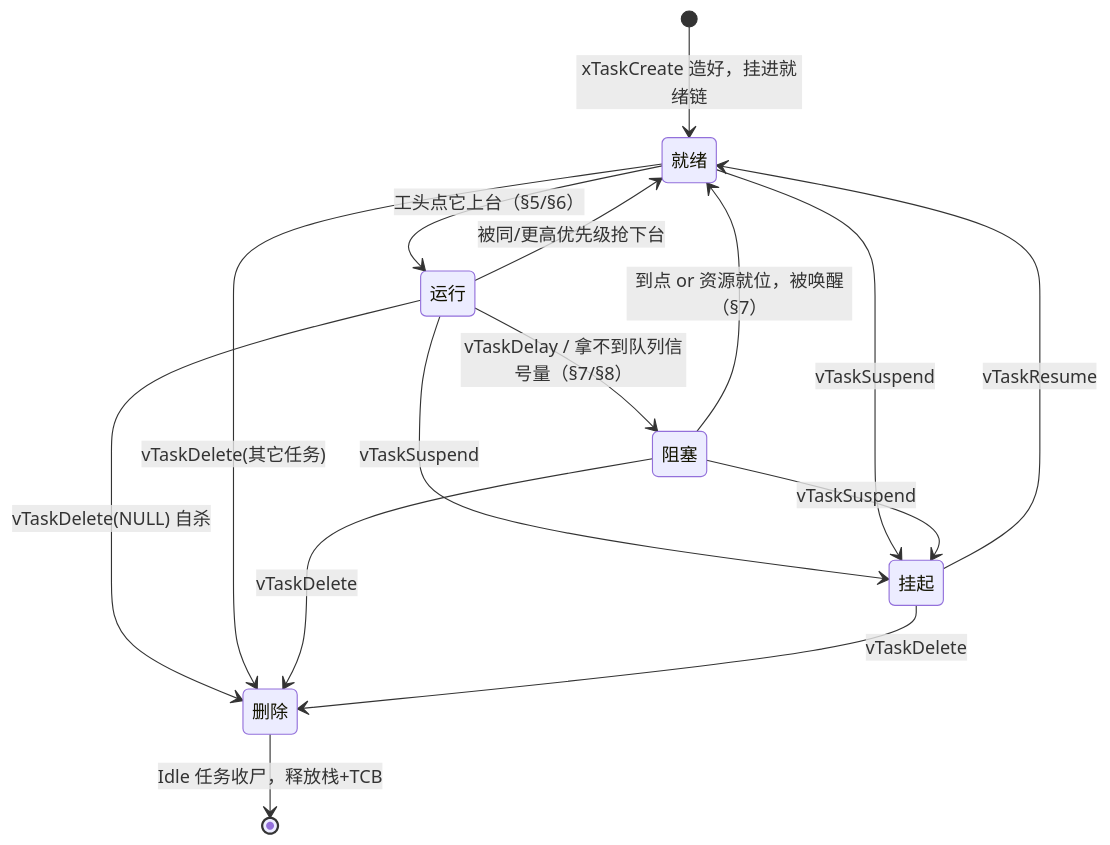
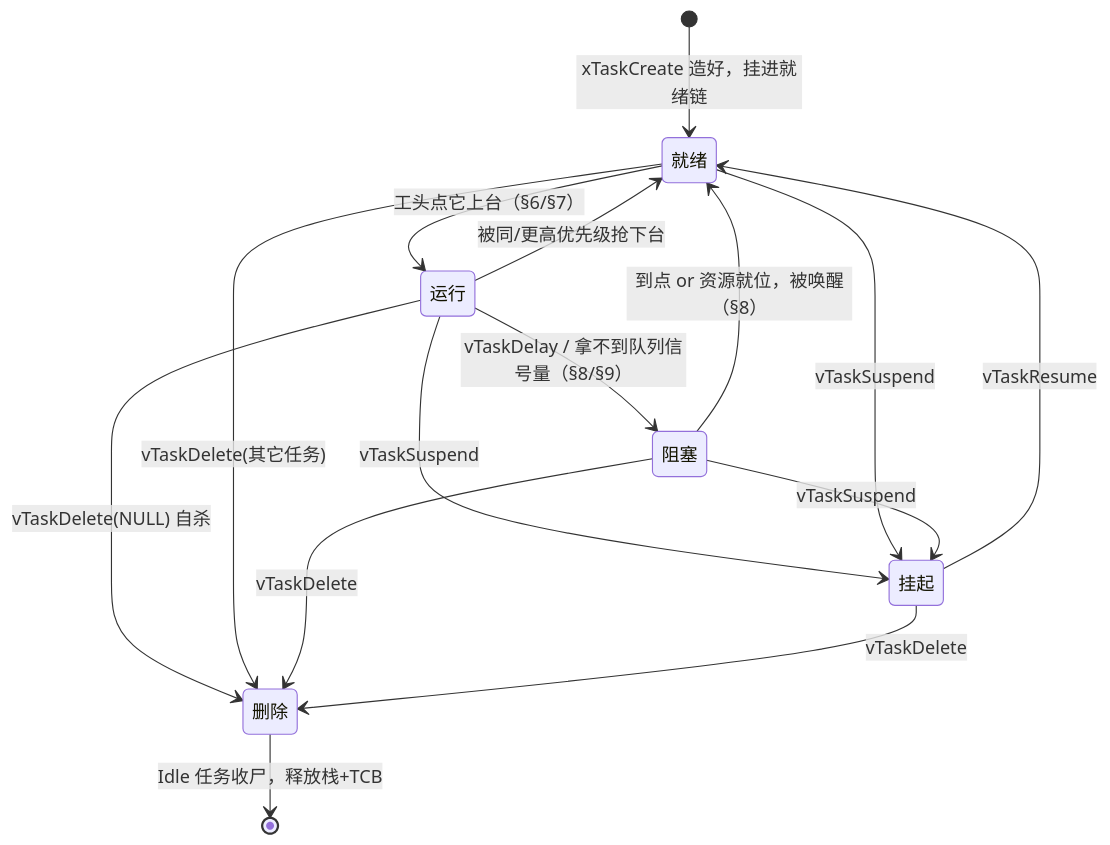
One commit to MosyuSora/STM32F4Learning changed the third of 3 diagrams in tutorials/Chapter6_手撕FreeRTOS_底层核心机制/Chapter6_手撕FreeRTOS_底层核心机制.rewrite.md. Above: the diagram before and after it, drawn with Mermaid. The commit also changed other lines of this file, not shown here.

First line of the commit message:
docs(ch6): move task deletion into PART1 as new §5; renumber §5-19 → §6-20

````diff
--- a/tutorials/Chapter6_手撕FreeRTOS_底层核心机制/Chapter6_手撕FreeRTOS_底层核心机制.rewrite.md
+++ b/tutorials/Chapter6_手撕FreeRTOS_底层核心机制/Chapter6_手撕FreeRTOS_底层核心机制.rewrite.md
@@ -1796,17 +1872,17 @@
 ```mermaid
 stateDiagram-v2
     [*] --> 就绪: xTaskCreate 造好，挂进就绪链
-    就绪 --> 运行: 工头点它上台（§5/§6）
+    就绪 --> 运行: 工头点它上台（§6/§7）
     运行 --> 就绪: 被同/更高优先级抢下台
-    运行 --> 阻塞: vTaskDelay / 拿不到队列信号量（§7/§8）
-    阻塞 --> 就绪: 到点 or 资源就位，被唤醒（§7）
+    运行 --> 阻塞: vTaskDelay / 拿不到队列信号量（§8/§9）
+    阻塞 --> 就绪: 到点 or 资源就位，被唤醒（§8）
     运行 --> 挂起: vTaskSuspend
     就绪 --> 挂起: vTaskSuspend
     阻塞 --> 挂起: vTaskSuspend
     挂起 --> 就绪: vTaskResume
     运行 --> 删除: vTaskDelete(NULL) 自杀
     就绪 --> 删除: vTaskDelete(其它任务)
     阻塞 --> 删除: vTaskDelete
     挂起 --> 删除: vTaskDelete
     删除 --> [*]: Idle 任务收尸，释放栈+TCB
 ```
````
